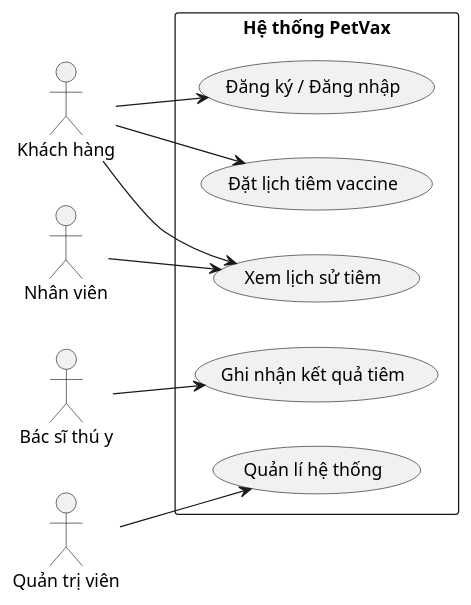
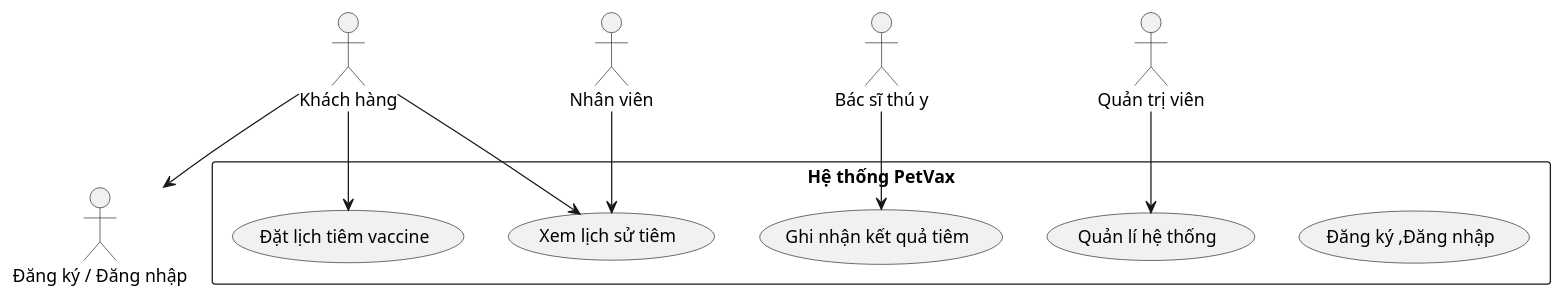
One commit to KaiyoDev/PetVax changed the first of 10 diagrams in README.md. Above: the diagram before and after it, drawn with PlantUML. The commit also changed other lines of this file, not shown here.

````diff
--- a/README.md
+++ b/README.md
@@ -111,28 +111,27 @@
 ```plantuml
 @startuml
-left to right direction
 
 actor "Khách hàng"
 actor "Nhân viên"
 actor "Bác sĩ thú y"
 actor "Quản trị viên"
 
 rectangle "Hệ thống PetVax" {
-  usecase "Đăng ký / Đăng nhập"
+  usecase "Đăng ký ,Đăng nhập"
   usecase "Đặt lịch tiêm vaccine"
   usecase "Xem lịch sử tiêm"
   usecase "Ghi nhận kết quả tiêm"
   usecase "Quản lí hệ thống"
 }
 
 "Khách hàng" --> "Đăng ký / Đăng nhập"
 "Khách hàng" --> "Đặt lịch tiêm vaccine"
 "Khách hàng" --> "Xem lịch sử tiêm"
 
 "Nhân viên" --> "Xem lịch sử tiêm"
 
 "Bác sĩ thú y" --> "Ghi nhận kết quả tiêm"
 
 "Quản trị viên" --> "Quản lí hệ thống"
 @enduml
 ```
````
